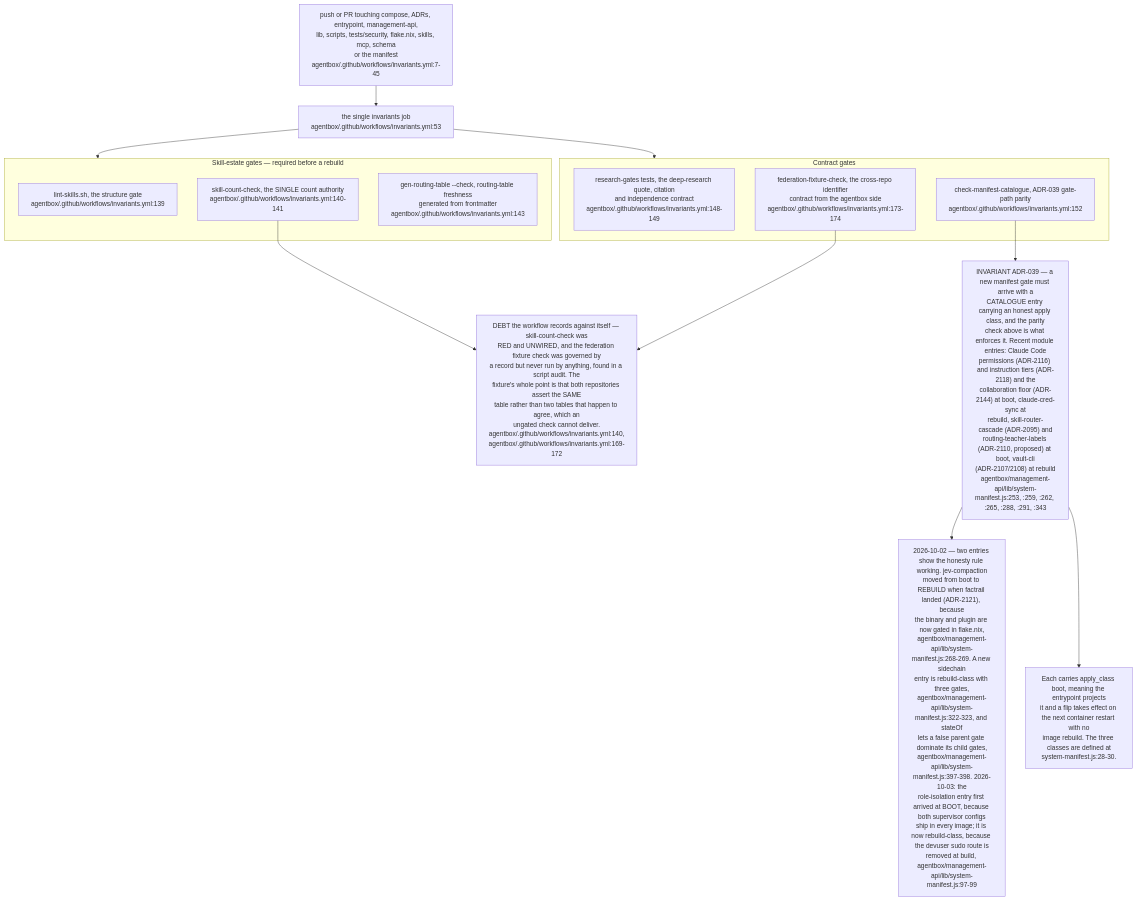
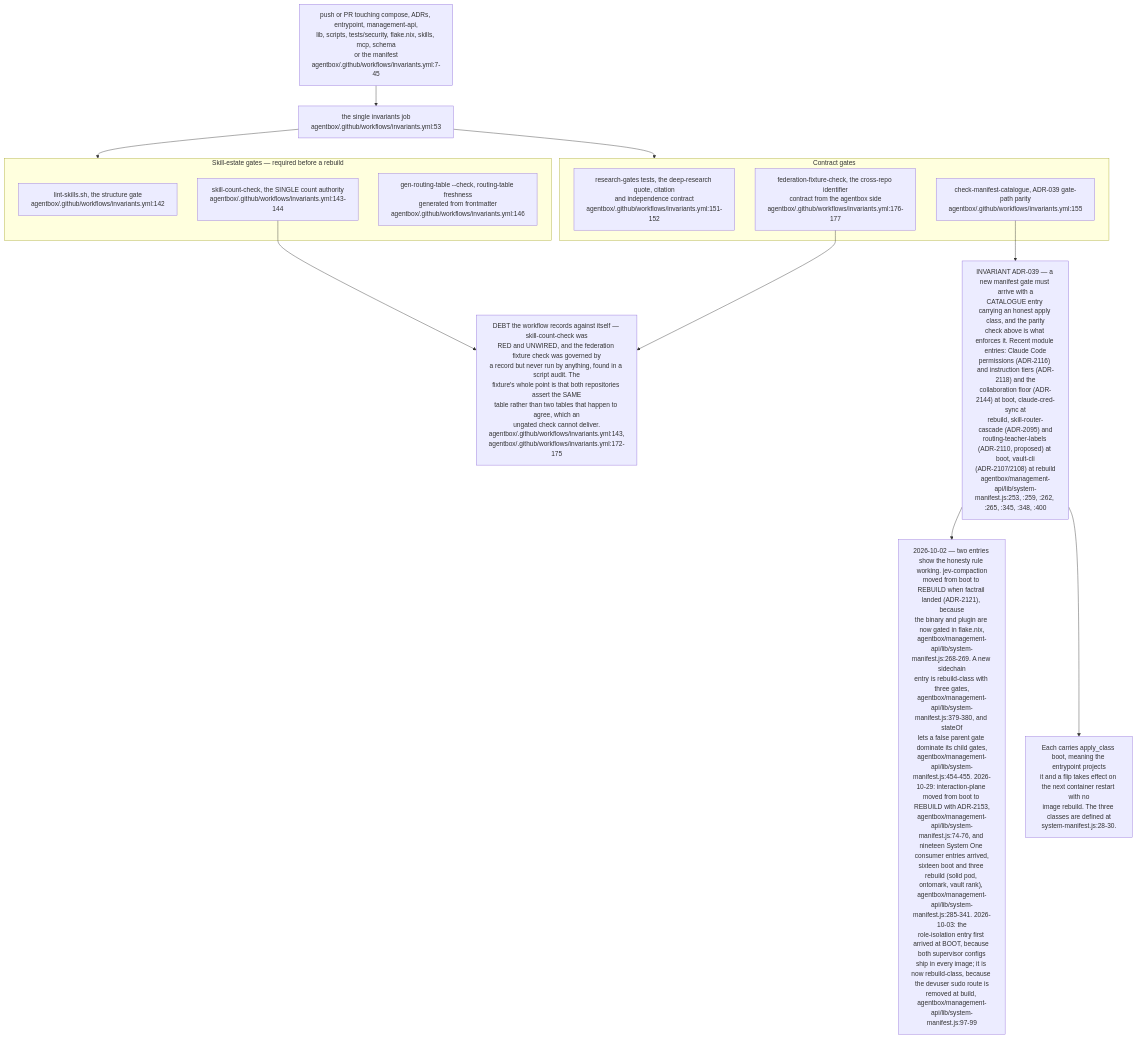
Before and after one commit to DreamLab-AI/VisionFlow: diagram 22 of 24 in docs/diagrams/estate/09-build-deploy-and-ci-estate.md, drawn with Mermaid. The commit also changed other lines of this file and 145 other files, not shown here.

````diff
--- a/docs/diagrams/estate/09-build-deploy-and-ci-estate.md
+++ b/docs/diagrams/estate/09-build-deploy-and-ci-estate.md
@@ -758,32 +761,32 @@
 ```mermaid
 flowchart TB
     TRIG["push or PR touching compose, ADRs, entrypoint, management-api,<br/>lib, scripts, tests/security, flake.nix, skills, mcp, schema<br/>or the manifest<br/>agentbox/.github/workflows/invariants.yml:7-45"]
     JOB["the single invariants job<br/>agentbox/.github/workflows/invariants.yml:53"]
     TRIG --> JOB
 
     subgraph SKILLS["Skill-estate gates — required before a rebuild"]
-        S1["lint-skills.sh, the structure gate<br/>agentbox/.github/workflows/invariants.yml:139"]
-        S2["skill-count-check, the SINGLE count authority<br/>agentbox/.github/workflows/invariants.yml:140-141"]
-        S3["gen-routing-table --check, routing-table freshness<br/>generated from frontmatter<br/>agentbox/.github/workflows/invariants.yml:143"]
+        S1["lint-skills.sh, the structure gate<br/>agentbox/.github/workflows/invariants.yml:142"]
+        S2["skill-count-check, the SINGLE count authority<br/>agentbox/.github/workflows/invariants.yml:143-144"]
+        S3["gen-routing-table --check, routing-table freshness<br/>generated from frontmatter<br/>agentbox/.github/workflows/invariants.yml:146"]
     end
     JOB --> SKILLS
 
     subgraph CONTRACT["Contract gates"]
-        C1["research-gates tests, the deep-research quote, citation<br/>and independence contract<br/>agentbox/.github/workflows/invariants.yml:148-149"]
-        C2["check-manifest-catalogue, ADR-039 gate-path parity<br/>agentbox/.github/workflows/invariants.yml:152"]
-        C3["federation-fixture-check, the cross-repo identifier<br/>contract from the agentbox side<br/>agentbox/.github/workflows/invariants.yml:173-174"]
+        C1["research-gates tests, the deep-research quote, citation<br/>and independence contract<br/>agentbox/.github/workflows/invariants.yml:151-152"]
+        C2["check-manifest-catalogue, ADR-039 gate-path parity<br/>agentbox/.github/workflows/invariants.yml:155"]
+        C3["federation-fixture-check, the cross-repo identifier<br/>contract from the agentbox side<br/>agentbox/.github/workflows/invariants.yml:176-177"]
     end
     JOB --> CONTRACT
 
-    DEBT["DEBT the workflow records against itself — skill-count-check was<br/>RED and UNWIRED, and the federation fixture check was governed by<br/>a record but never run by anything, found in a script audit. The<br/>fixture's whole point is that both repositories assert the SAME<br/>table rather than two tables that happen to agree, which an<br/>ungated check cannot deliver.<br/>agentbox/.github/workflows/invariants.yml:140,<br/>agentbox/.github/workflows/invariants.yml:169-172"]
+    DEBT["DEBT the workflow records against itself — skill-count-check was<br/>RED and UNWIRED, and the federation fixture check was governed by<br/>a record but never run by anything, found in a script audit. The<br/>fixture's whole point is that both repositories assert the SAME<br/>table rather than two tables that happen to agree, which an<br/>ungated check cannot deliver.<br/>agentbox/.github/workflows/invariants.yml:143,<br/>agentbox/.github/workflows/invariants.yml:172-175"]
     S2 --> DEBT
     C3 --> DEBT
 
-    CAT["INVARIANT ADR-039 — a new manifest gate must arrive with a<br/>CATALOGUE entry carrying an honest apply class, and the parity<br/>check above is what enforces it. Recent module entries: Claude Code<br/>permissions (ADR-2116) and instruction tiers (ADR-2118) and the<br/>collaboration floor (ADR-2144) at boot, claude-cred-sync at<br/>rebuild, skill-router-cascade (ADR-2095) and<br/>routing-teacher-labels (ADR-2110, proposed) at boot, vault-cli<br/>(ADR-2107/2108) at rebuild<br/>agentbox/management-api/lib/system-manifest.js:253, :259, :262, :265, :288, :291, :343"]
-    HONEST["2026-10-02 — two entries show the honesty rule working. jev-compaction<br/>moved from boot to REBUILD when factrail landed (ADR-2121), because<br/>the binary and plugin are now gated in flake.nix,<br/>agentbox/management-api/lib/system-manifest.js:268-269. A new sidechain<br/>entry is rebuild-class with three gates,<br/>agentbox/management-api/lib/system-manifest.js:322-323, and stateOf<br/>lets a false parent gate dominate its child gates,<br/>agentbox/management-api/lib/system-manifest.js:397-398. 2026-10-03: the<br/>role-isolation entry first arrived at BOOT, because both supervisor configs<br/>ship in every image; it is now rebuild-class, because the devuser sudo route is<br/>removed at build, agentbox/management-api/lib/system-manifest.js:97-99"]
+    CAT["INVARIANT ADR-039 — a new manifest gate must arrive with a<br/>CATALOGUE entry carrying an honest apply class, and the parity<br/>check above is what enforces it. Recent module entries: Claude Code<br/>permissions (ADR-2116) and instruction tiers (ADR-2118) and the<br/>collaboration floor (ADR-2144) at boot, claude-cred-sync at<br/>rebuild, skill-router-cascade (ADR-2095) and<br/>routing-teacher-labels (ADR-2110, proposed) at boot, vault-cli<br/>(ADR-2107/2108) at rebuild<br/>agentbox/management-api/lib/system-manifest.js:253, :259, :262, :265, :345, :348, :400"]
+    HONEST["2026-10-02 — two entries show the honesty rule working. jev-compaction<br/>moved from boot to REBUILD when factrail landed (ADR-2121), because<br/>the binary and plugin are now gated in flake.nix,<br/>agentbox/management-api/lib/system-manifest.js:268-269. A new sidechain<br/>entry is rebuild-class with three gates,<br/>agentbox/management-api/lib/system-manifest.js:379-380, and stateOf<br/>lets a false parent gate dominate its child gates,<br/>agentbox/management-api/lib/system-manifest.js:454-455. 2026-10-29: interaction-plane moved from boot to REBUILD with ADR-2153,<br/>agentbox/management-api/lib/system-manifest.js:74-76, and nineteen System One consumer entries arrived,<br/>sixteen boot and three rebuild (solid pod, ontomark, vault rank), agentbox/management-api/lib/system-manifest.js:285-341. 2026-10-03: the<br/>role-isolation entry first arrived at BOOT, because both supervisor configs<br/>ship in every image; it is now rebuild-class, because the devuser sudo route is<br/>removed at build, agentbox/management-api/lib/system-manifest.js:97-99"]
     CAT --> HONEST
     C2 --> CAT
 
     CLASS["Each carries apply_class boot, meaning the entrypoint projects<br/>it and a flip takes effect on the next container restart with no<br/>image rebuild. The three classes are defined at<br/>system-manifest.js:28-30."]
     CAT --> CLASS
 ```
````
